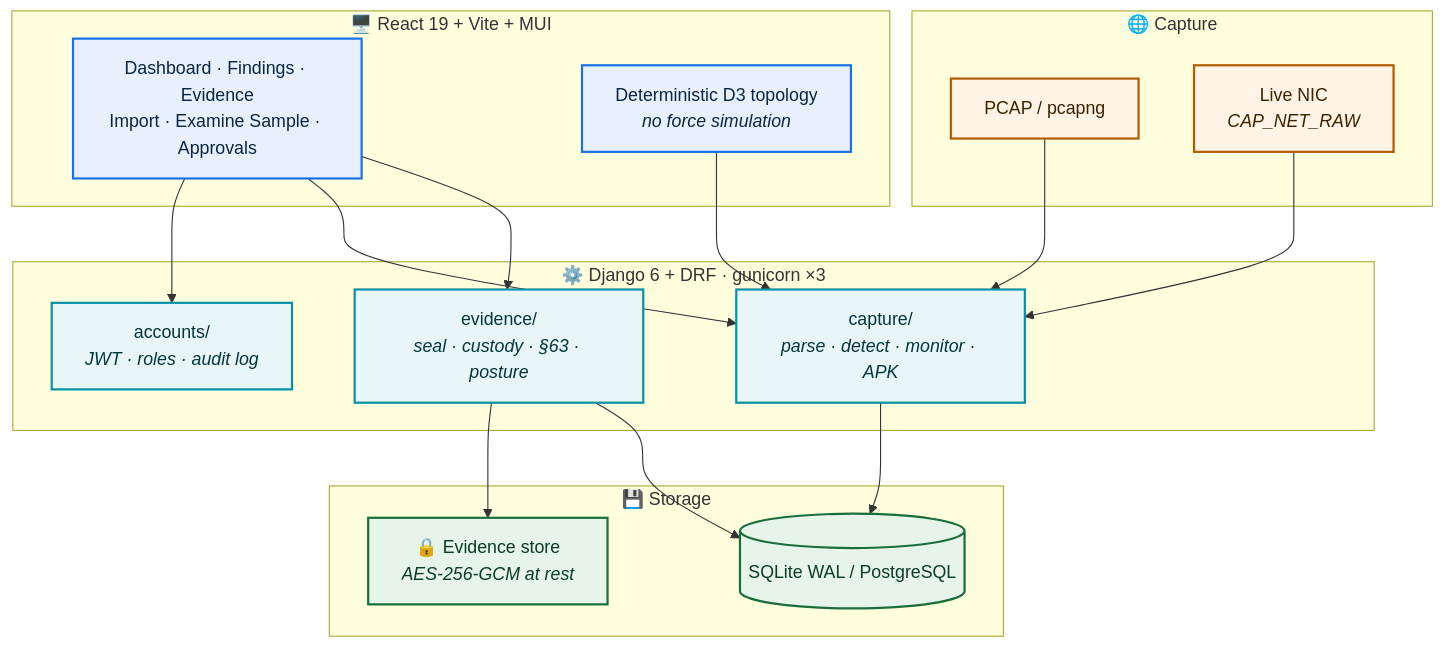
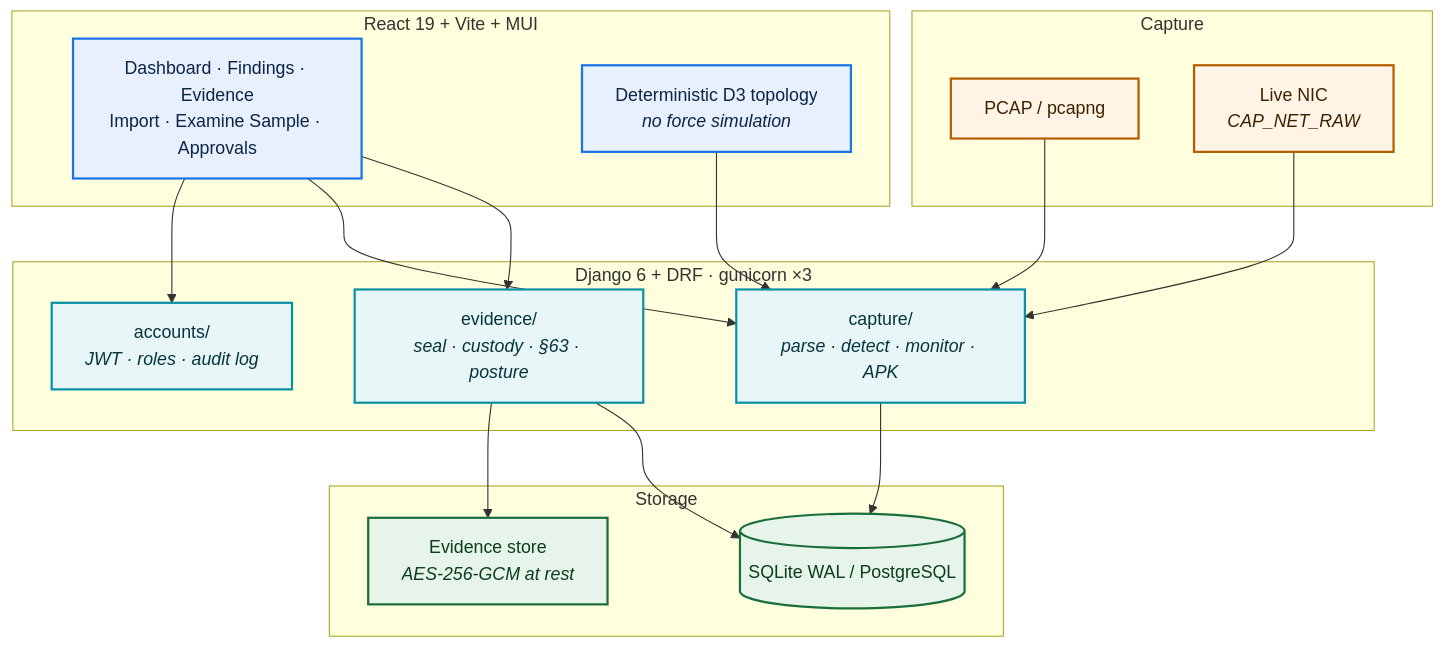
One commit to Anbu-00001/NetForensiq changed the tenth of 10 diagrams in README.md. Above: the diagram before and after it, drawn with Mermaid. The commit also changed other lines of this file and 29 other files, not shown here.

````diff
--- a/README.md
+++ b/README.md
@@ -469,35 +573,35 @@
 ```mermaid
 graph TB
-    subgraph FE["🖥️ React 19 + Vite + MUI"]
+    subgraph FE["React 19 + Vite + MUI"]
         UI["Dashboard · Findings · Evidence<br/>Import · Examine Sample · Approvals"]
         D3["Deterministic D3 topology<br/><i>no force simulation</i>"]
     end
-    subgraph API["⚙️ Django 6 + DRF · gunicorn ×3"]
+    subgraph API["Django 6 + DRF · gunicorn ×3"]
         AUTH["accounts/<br/><i>JWT · roles · audit log</i>"]
         CAP["capture/<br/><i>parse · detect · monitor · APK</i>"]
         EV["evidence/<br/><i>seal · custody · §63 · posture</i>"]
     end
-    subgraph DATA["💾 Storage"]
+    subgraph DATA["Storage"]
         DB[("SQLite WAL / PostgreSQL")]
-        ES["🔒 Evidence store<br/><i>AES-256-GCM at rest</i>"]
+        ES["Evidence store<br/><i>AES-256-GCM at rest</i>"]
     end
-    subgraph WIRE["🌐 Capture"]
+    subgraph WIRE["Capture"]
         PCAP["PCAP / pcapng"]
         LIVE["Live NIC<br/><i>CAP_NET_RAW</i>"]
     end
 
     UI --> AUTH & CAP & EV
     D3 --> CAP
     PCAP & LIVE --> CAP
     CAP --> DB
     EV --> ES & DB
 
     classDef fe fill:#E8F0FE,stroke:#1A73E8,stroke-width:2px,color:#0B2545
     classDef api fill:#E8F6F8,stroke:#0891A6,stroke-width:2px,color:#04353D
     classDef data fill:#E6F4EA,stroke:#1B6E3C,stroke-width:2px,color:#0B3D1F
     classDef wire fill:#FFF4E5,stroke:#B35C00,stroke-width:2px,color:#3D2200
     class UI,D3 fe
     class AUTH,CAP,EV api
     class DB,ES data
     class PCAP,LIVE wire
 ```
````
